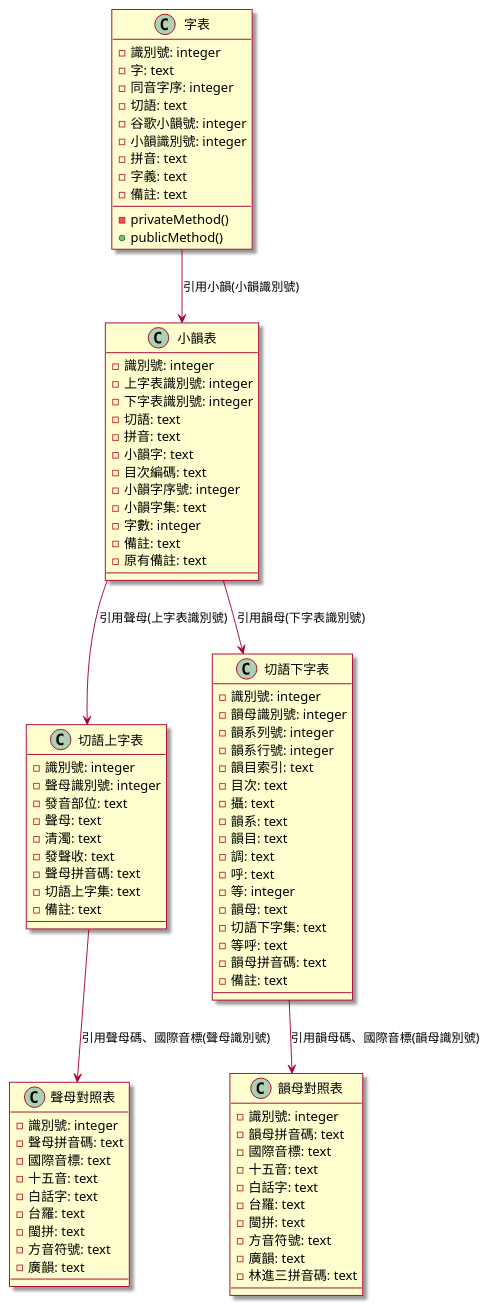
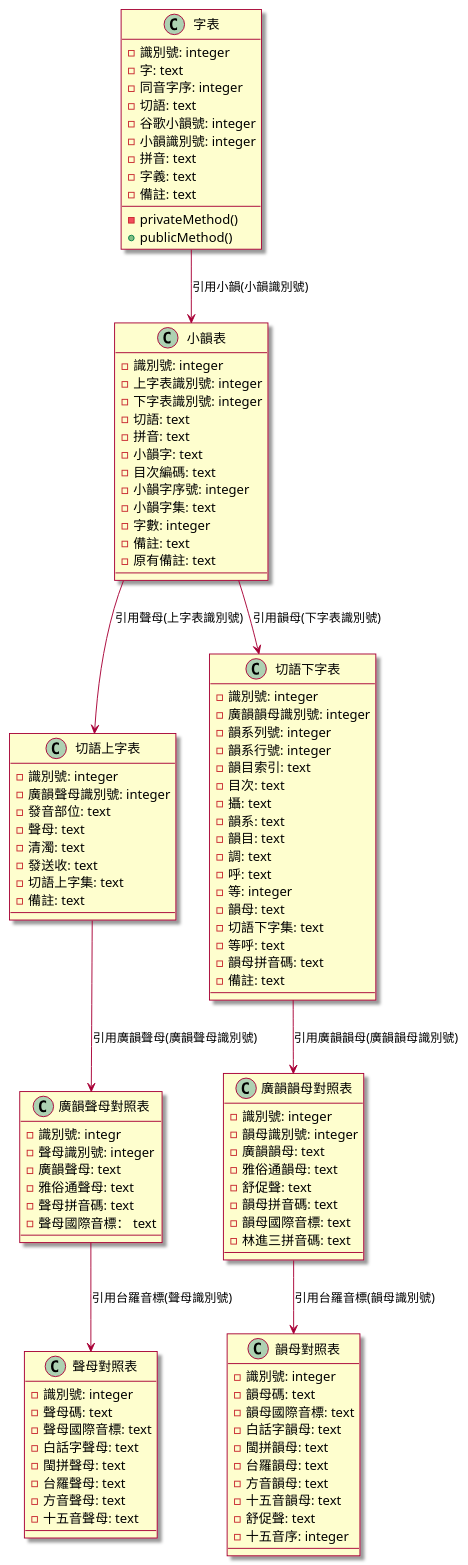
Before and after one commit to AlanJui/Piau-Im: the diagram in docs/diagrams/SDD-000_DOMAIN_MODEL.md, drawn with PlantUML. The commit also changed other lines of this file and 16 other files, not shown here.

Commit message:
修訂資料結構，達成 漢字 / 小韻 / 切語上字 / 廣韻聲母 / 聲音對照表 (含：切語下字 / 廣韻韻母 / 韻母對照表) 可串接

```diff
--- a/docs/diagrams/SDD-000_DOMAIN_MODEL.md
+++ b/docs/diagrams/SDD-000_DOMAIN_MODEL.md
@@ -40,35 +40,44 @@
 
 class 切語上字表 {
 - 識別號: integer
-- 聲母識別號: integer
+- 廣韻聲母識別號: integer
 - 發音部位: text
 - 聲母: text
 - 清濁: text
-- 發聲收: text
-- 聲母拼音碼: text
+- 發送收: text
 - 切語上字集: text
 - 備註: text
 }
 
-切語上字表 --> 聲母對照表 : 引用聲母碼、國際音標(聲母識別號)
+切語上字表 --> 廣韻聲母對照表 : 引用廣韻聲母(廣韻聲母識別號)
+
+class 廣韻聲母對照表 {
+- 識別號: integr
+- 聲母識別號: integer
+- 廣韻聲母: text
+- 雅俗通聲母: text
+- 聲母拼音碼: text
+- 聲母國際音標： text
+}
+
+廣韻聲母對照表 --> 聲母對照表 : 引用台羅音標(聲母識別號)
 
 class 聲母對照表 {
 - 識別號: integer
-- 聲母拼音碼: text
-- 國際音標: text
-- 十五音: text
-- 白話字: text
-- 台羅: text
-- 閩拼: text
-- 方音符號: text
-- 廣韻: text
+- 聲母碼: text
+- 聲母國際音標: text
+- 白話字聲母: text
+- 閩拼聲母: text
+- 台羅聲母: text
+- 方音聲母: text
+- 十五音聲母: text
 }
 
 小韻表 --> 切語下字表 : 引用韻母(下字表識別號)
 
 class 切語下字表 {
 - 識別號: integer
-- 韻母識別號: integer
+- 廣韻韻母識別號: integer
 - 韻系列號: integer
 - 韻系行號: integer
 - 韻目索引: text
@@ -86,19 +95,32 @@
 - 備註: text
 }
 
-切語下字表 --> 韻母對照表 : 引用韻母碼、國際音標(韻母識別號)
+切語下字表 --> 廣韻韻母對照表 : 引用廣韻韻母(廣韻韻母識別號)
+
+class 廣韻韻母對照表 {
+- 識別號: integer
+- 韻母識別號: integer
+- 廣韻韻母: text
+- 雅俗通韻母: text
+- 舒促聲: text
+- 韻母拼音碼: text
+- 韻母國際音標: text
+- 林進三拼音碼: text
+}
+
+廣韻韻母對照表 --> 韻母對照表 : 引用台羅音標(韻母識別號)
 
 class 韻母對照表 {
 - 識別號: integer
-- 韻母拼音碼: text
-- 國際音標: text
-- 十五音: text
-- 白話字: text
-- 台羅: text
-- 閩拼: text
-- 方音符號: text
-- 廣韻: text
-- 林進三拼音碼: text
+- 韻母碼: text
+- 韻母國際音標: text
+- 白話字韻母: text
+- 閩拼韻母: text
+- 台羅韻母: text
+- 方音韻母: text
+- 十五音韻母: text
+- 舒促聲: text
+- 十五音序: integer
 }
 
 @enduml
```
